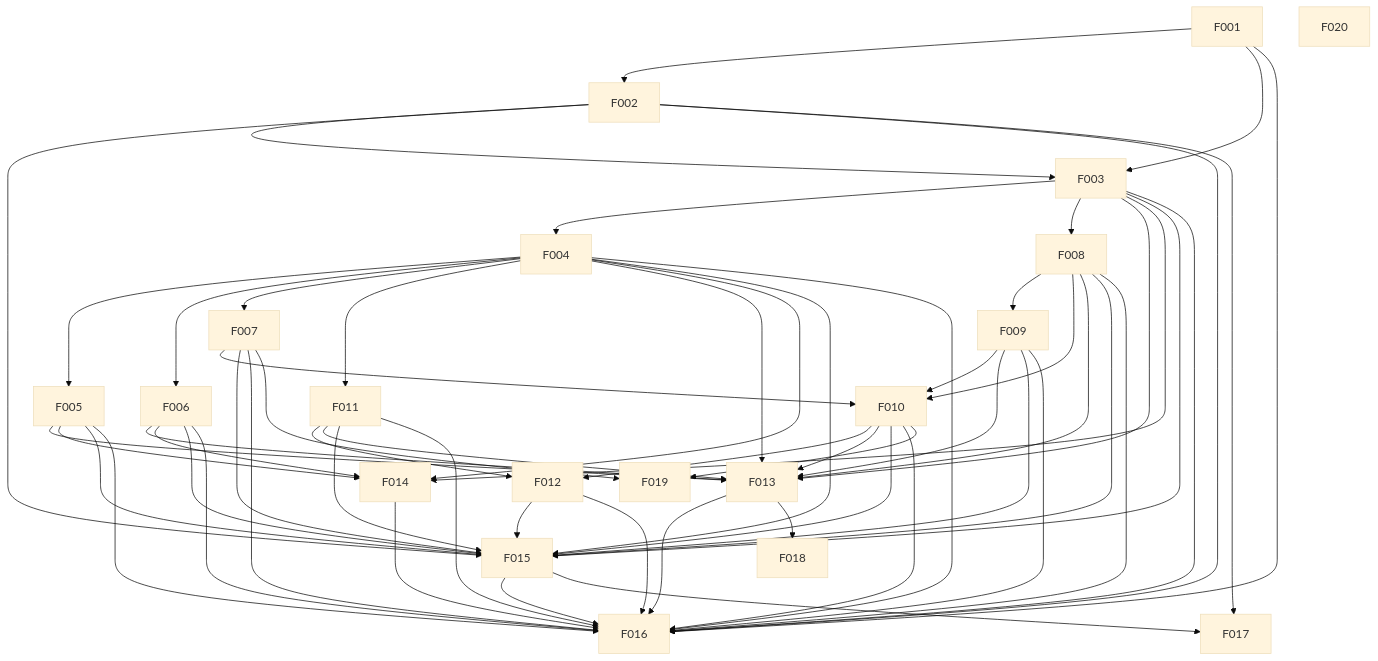
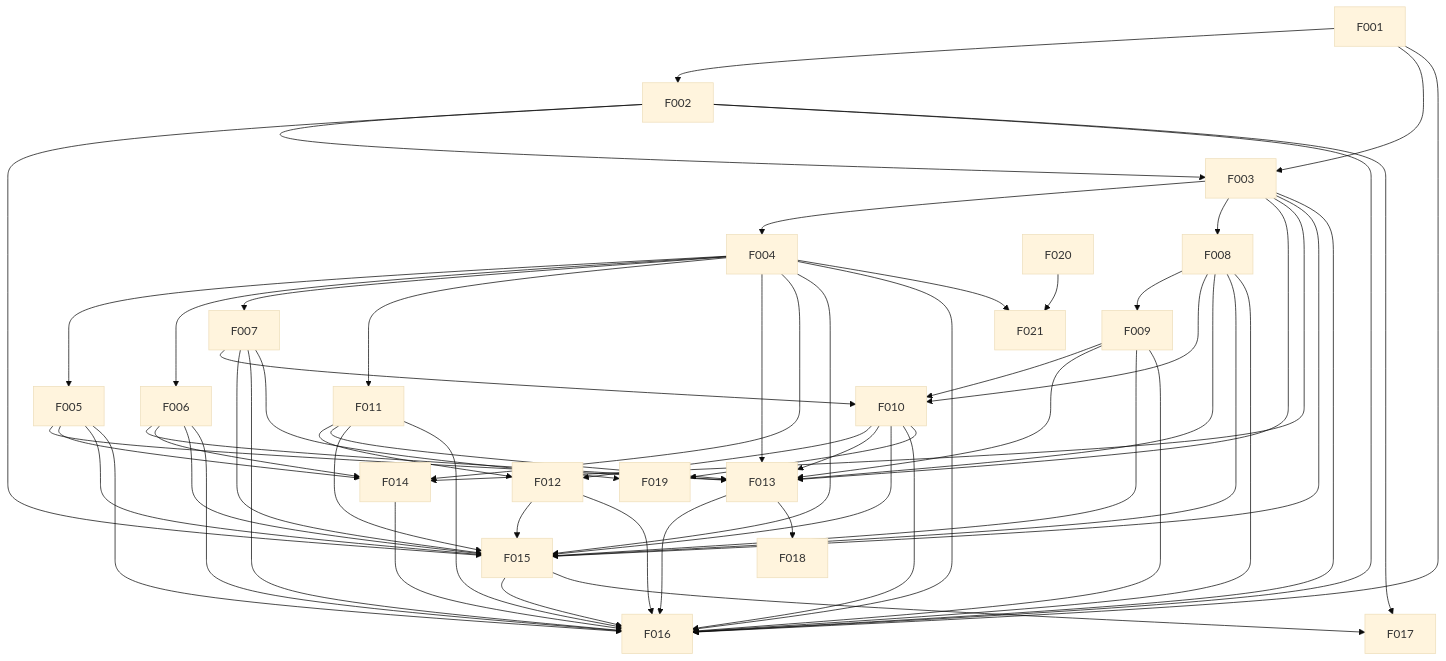
One commit to 47oo/csm changed the diagram in docs/project/dependency-map.md. Above: the diagram before and after it, drawn with Mermaid (base theme). The commit also changed other lines of this file and 3 other files, not shown here.

````diff
--- a/docs/project/dependency-map.md
+++ b/docs/project/dependency-map.md
@@ -28,6 +28,7 @@
     n17["F018"]
     n18["F019"]
     n19["F020"]
+    n20["F021"]
     n0 --> n1
     n0 --> n2
     n1 --> n2
@@ -86,4 +87,6 @@
     n12 --> n17
     n6 --> n18
     n9 --> n18
+    n3 --> n20
+    n19 --> n20
 ```
````
